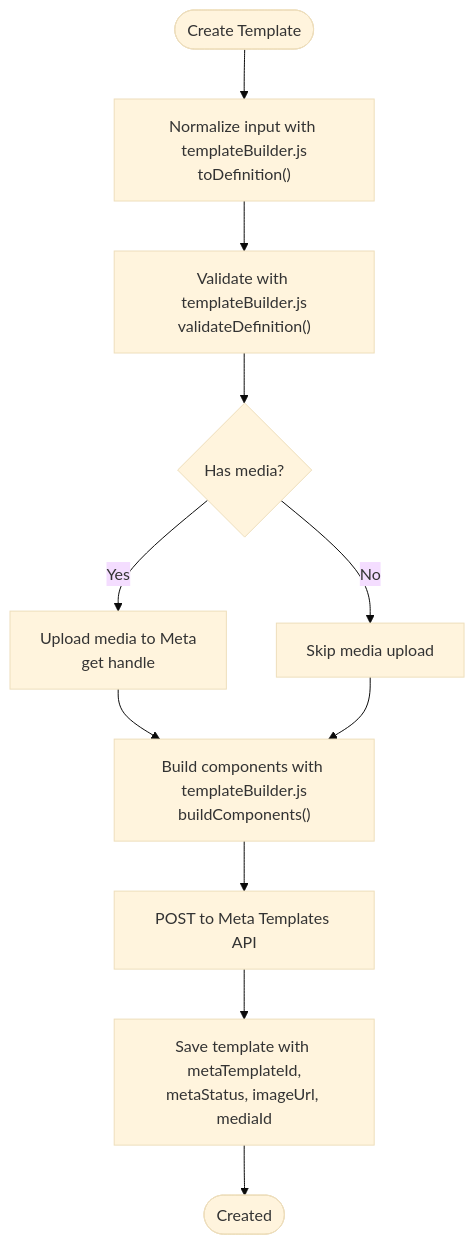
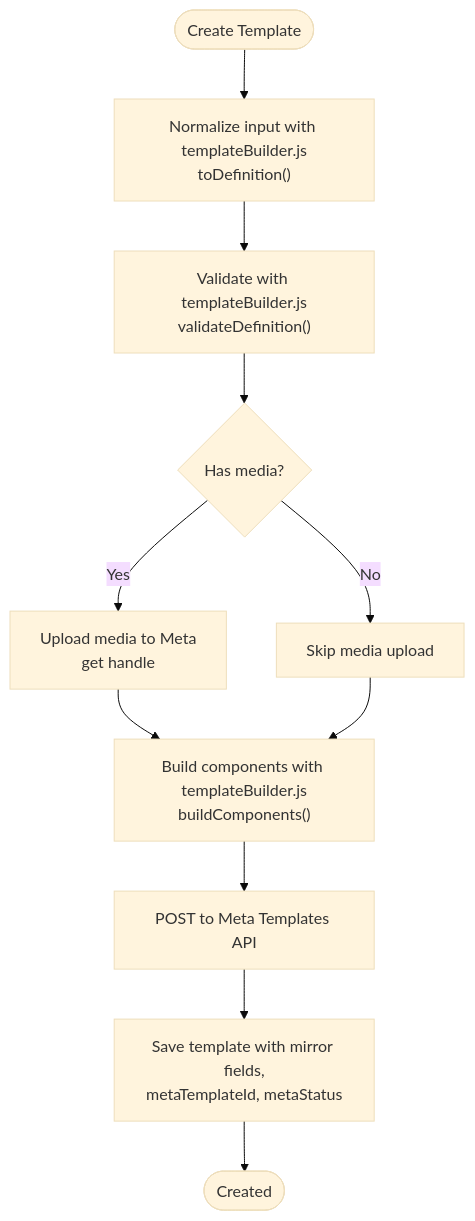
The fourth of 12 diagrams in .qoder/repowiki/en/content/Template Management/Template Management.md (zesteatvga-spec/crm), drawn with Mermaid (base theme) before and after one commit. The commit also changed other lines of this file and 26 other files, not shown here.

````diff
--- a/.qoder/repowiki/en/content/Template Management/Template Management.md
+++ b/.qoder/repowiki/en/content/Template Management/Template Management.md
@@ -225,13 +235,13 @@
 ```mermaid
 flowchart TD
 Start(["Create Template"]) --> Normalize["Normalize input with templateBuilder.js<br/>toDefinition()"]
 Normalize --> Validate["Validate with templateBuilder.js<br/>validateDefinition()"]
 Validate --> MediaCheck{"Has media?"}
 MediaCheck --> |Yes| UploadMeta["Upload media to Meta<br/>get handle"]
 MediaCheck --> |No| SkipMedia["Skip media upload"]
 UploadMeta --> BuildComponents["Build components with templateBuilder.js<br/>buildComponents()"]
 SkipMedia --> BuildComponents
 BuildComponents --> SubmitMeta["POST to Meta Templates API"]
-SubmitMeta --> SaveLocal["Save template with metaTemplateId,<br/>metaStatus, imageUrl, mediaId"]
+SubmitMeta --> SaveLocal["Save template with mirror fields,<br/>metaTemplateId, metaStatus"]
 SaveLocal --> End(["Created"])
 ```
````
